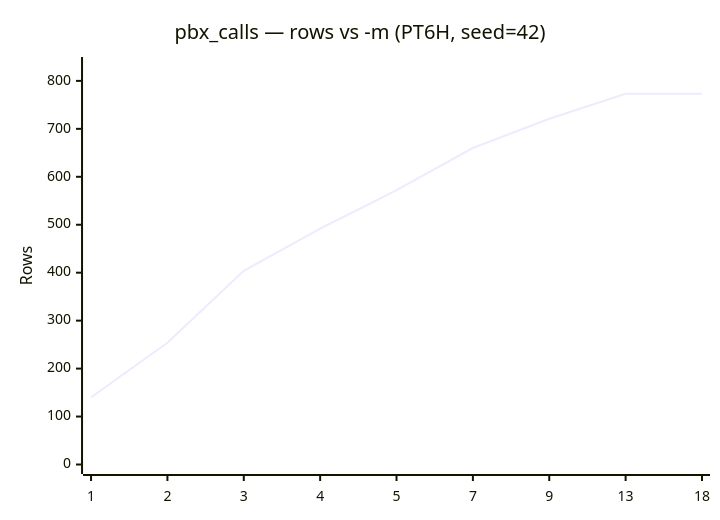
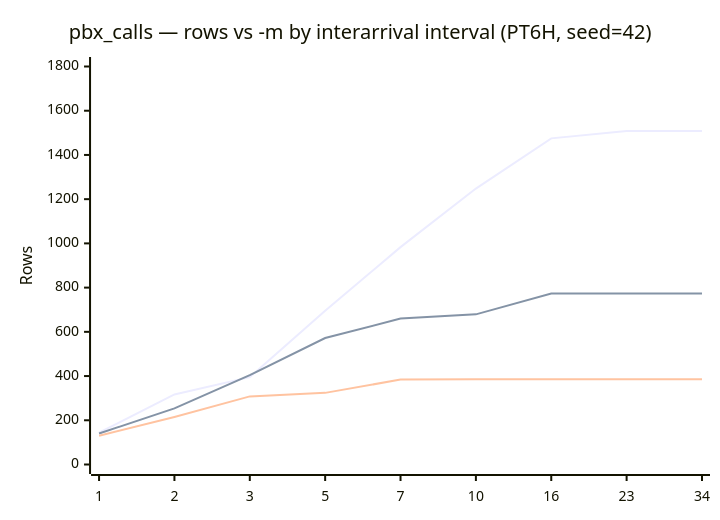
Before and after one commit to implydata/imply-eventgenerator: the second of 2 diagrams in docs/presets/pbx_calls.md, drawn with Mermaid. The commit also changed other lines of this file and 10 other files, not shown here.

````diff
--- a/docs/presets/pbx_calls.md
+++ b/docs/presets/pbx_calls.md
@@ -83,7 +85,9 @@
 ```mermaid
 xychart-beta
-    title "pbx_calls — rows vs -m (PT6H, seed=42)"
-    x-axis [1, 2, 3, 4, 5, 7, 9, 13, 18]
-    y-axis "Rows" 0 --> 830
-    line [140, 254, 404, 492, 572, 660, 721, 773, 773]
+    title "pbx_calls — rows vs -m by interarrival interval (PT6H, seed=42)"
+    x-axis [1, 2, 3, 5, 7, 10, 16, 23, 34]
+    y-axis "Rows" 0 --> 1800
+    line [144, 317, 395, 695, 983, 1248, 1475, 1508, 1508]
+    line [140, 254, 404, 572, 660, 679, 773, 773, 773]
+    line [130, 215, 308, 324, 384, 385, 385, 385, 385]
 ```
````
